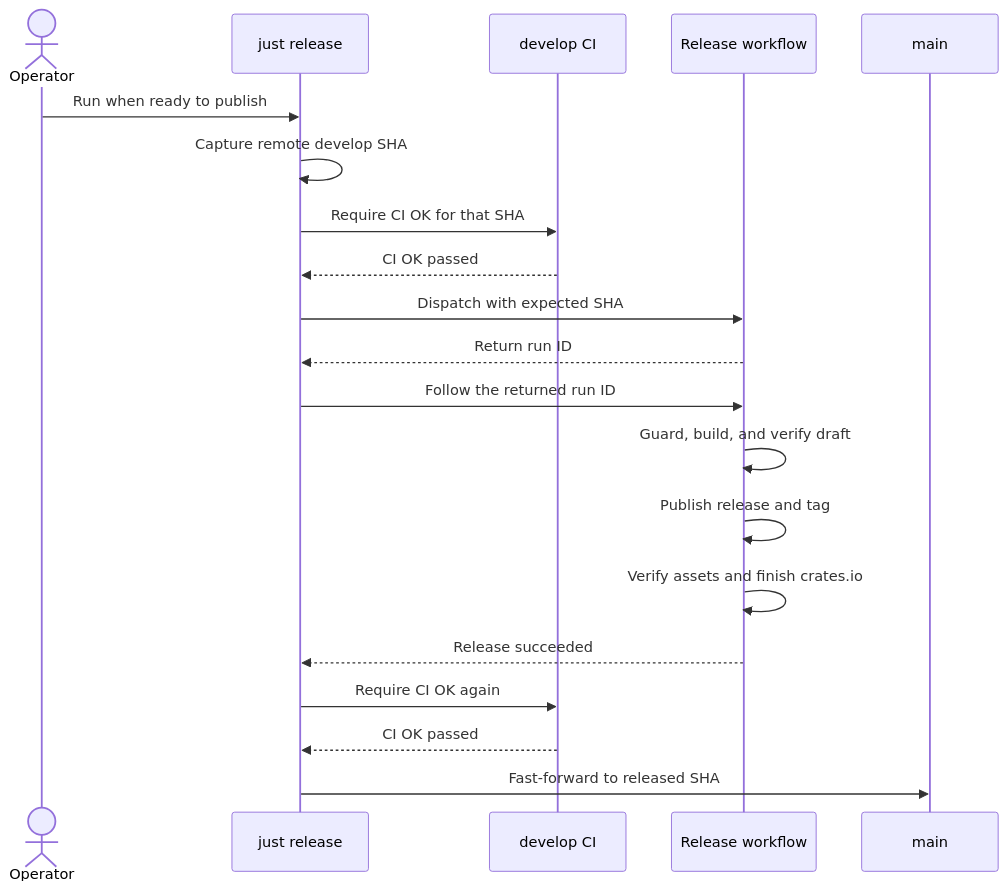
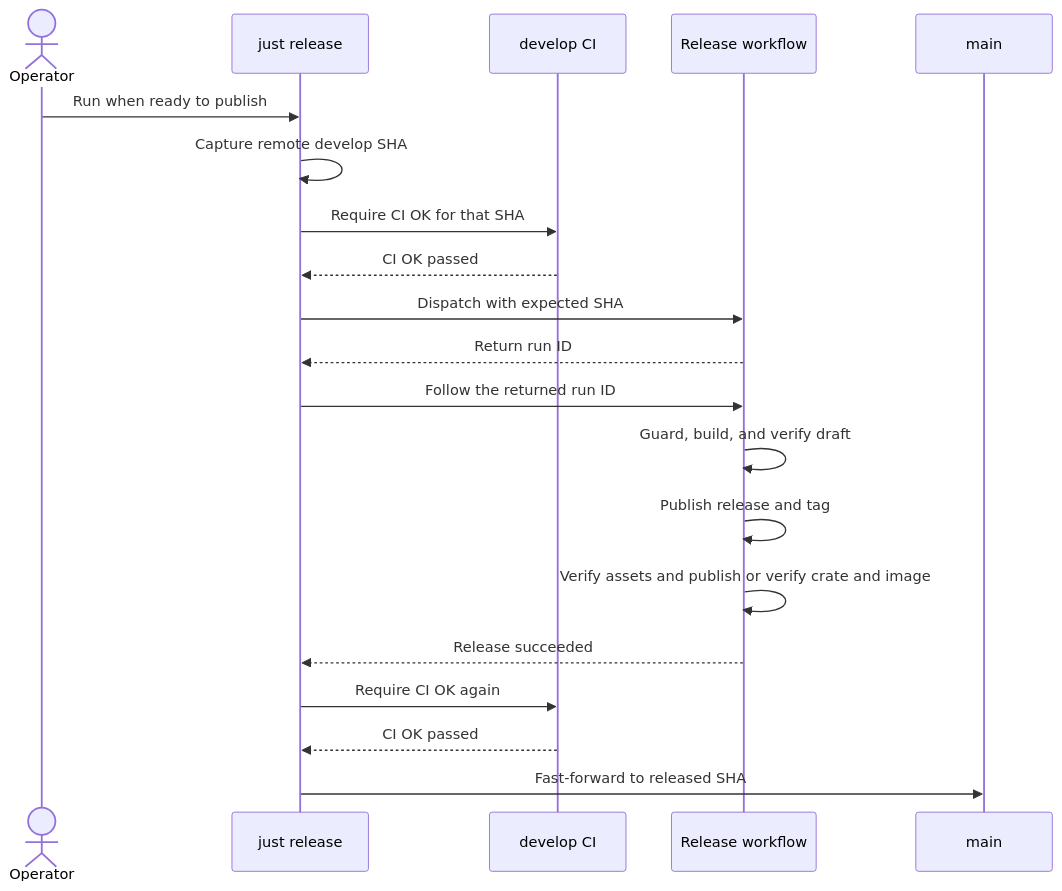
One commit to nbari/cron-when changed the second of 3 diagrams in RELEASING.md. Above: the diagram before and after it, drawn with Mermaid. The commit also changed other lines of this file and 15 other files, not shown here.

Commit message:
Add multi-architecture container images

````diff
--- a/RELEASING.md
+++ b/RELEASING.md
@@ -84,23 +88,23 @@
 ```mermaid
 sequenceDiagram
     actor O as Operator
     participant R as just release
     participant C as develop CI
     participant W as Release workflow
     participant M as main
 
     O->>R: Run when ready to publish
     R->>R: Capture remote develop SHA
     R->>C: Require CI OK for that SHA
     C-->>R: CI OK passed
     R->>W: Dispatch with expected SHA
     W-->>R: Return run ID
     R->>W: Follow the returned run ID
     W->>W: Guard, build, and verify draft
     W->>W: Publish release and tag
-    W->>W: Verify assets and finish crates.io
+    W->>W: Verify assets and publish or verify crate and image
     W-->>R: Release succeeded
     R->>C: Require CI OK again
     C-->>R: CI OK passed
     R->>M: Fast-forward to released SHA
 ```
````
